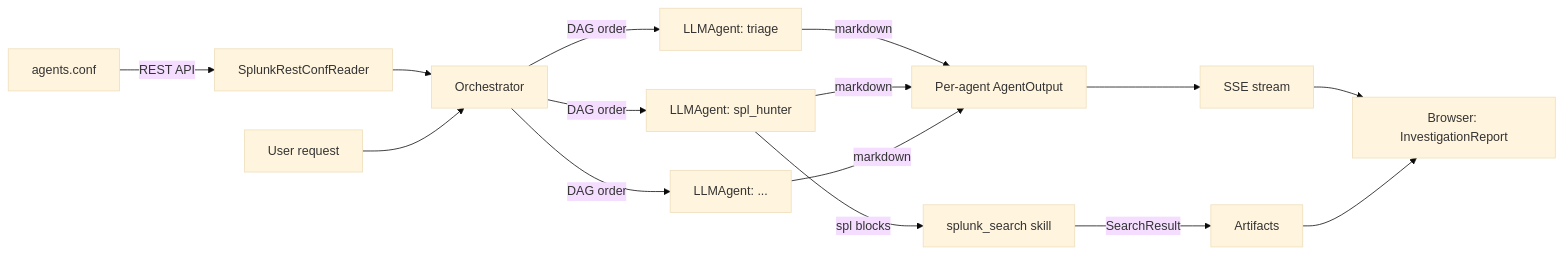
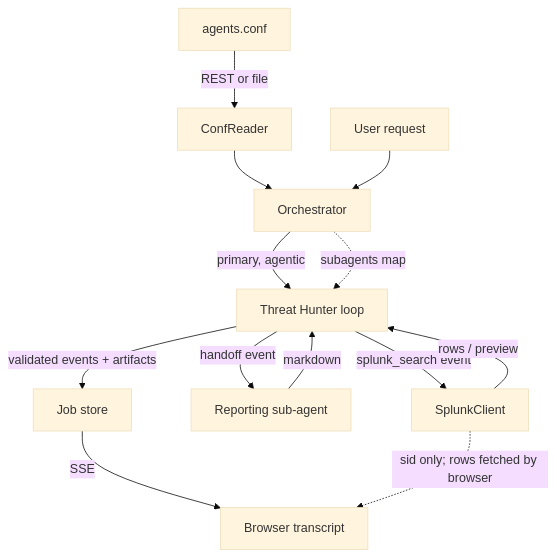
One commit to deensdrums/splunk-agent-mesh changed the diagram in docs/ARCHITECTURE.md. Above: the diagram before and after it, drawn with Mermaid (base theme). The commit also changed other lines of this file and 8 other files, not shown here.

First line of the commit message:
docs: revise architecture/design/decision docs to current system

````diff
--- a/docs/ARCHITECTURE.md
+++ b/docs/ARCHITECTURE.md
@@ -68,15 +15,15 @@
 ```mermaid
-graph LR
-    A[agents.conf] -->|REST API| B[SplunkRestConfReader]
+graph TD
+    A[agents.conf] -->|REST or file| B[ConfReader]
     B --> C[Orchestrator]
     D[User request] --> C
-    C -->|DAG order| E1[LLMAgent: triage]
-    C -->|DAG order| E2[LLMAgent: spl_hunter]
-    C -->|DAG order| E3[LLMAgent: ...]
-    E2 -->|spl blocks| F[splunk_search skill]
-    F -->|SearchResult| G[Artifacts]
-    E1 & E2 & E3 -->|markdown| H[Per-agent AgentOutput]
-    H --> I[SSE stream]
-    I --> J[Browser: InvestigationReport]
-    G --> J
+    C -->|primary, agentic| E[Threat Hunter loop]
+    C -.->|subagents map| E
+    E -->|splunk_search event| F[SplunkClient]
+    F -->|rows / preview| E
+    E -->|handoff event| G[Reporting sub-agent]
+    G -->|markdown| E
+    E -->|validated events + artifacts| H[Job store]
+    H -->|SSE| I[Browser transcript]
+    F -.->|sid only; rows fetched by browser| I
 ```
````
